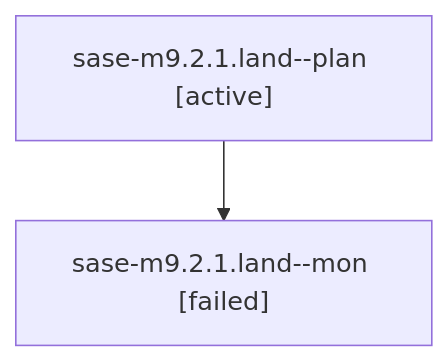
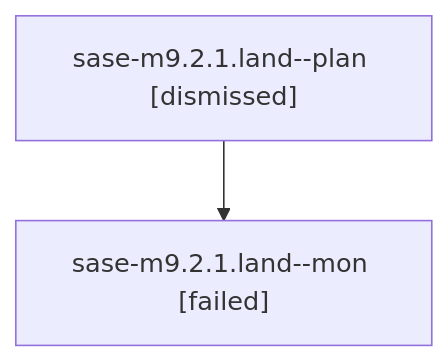
Before and after one commit to sase-org/sase--agents: the diagram in sessions/bbugyi200.athena.sase-m9.2.1.land.md, drawn with Mermaid. The commit also changed other lines of this file and 218 other files, not shown here.

````diff
--- a/sessions/bbugyi200.athena.sase-m9.2.1.land.md
+++ b/sessions/bbugyi200.athena.sase-m9.2.1.land.md
@@ -9,6 +9,6 @@
 ```mermaid
 flowchart TD
-  n0["sase-m9.2.1.land--plan [active]"]
+  n0["sase-m9.2.1.land--plan [dismissed]"]
   n1["sase-m9.2.1.land--mon [failed]"]
   n0 --> n1
 ```
````
